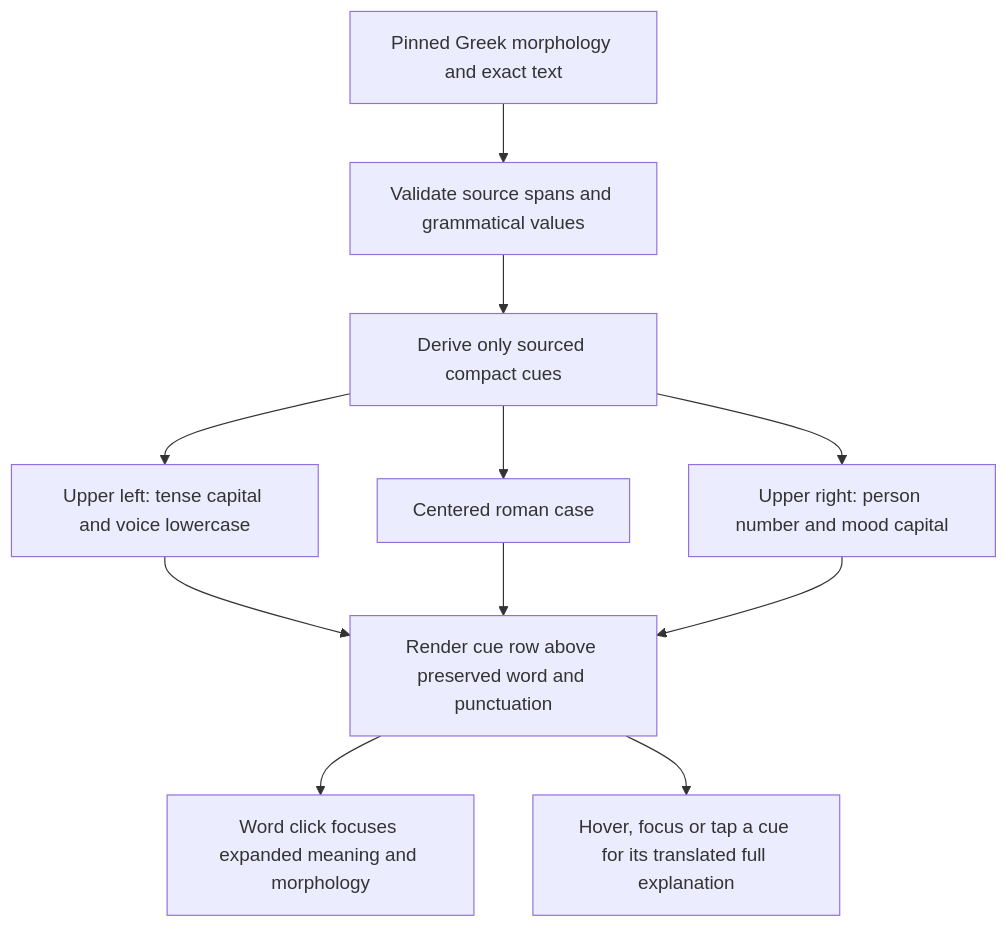
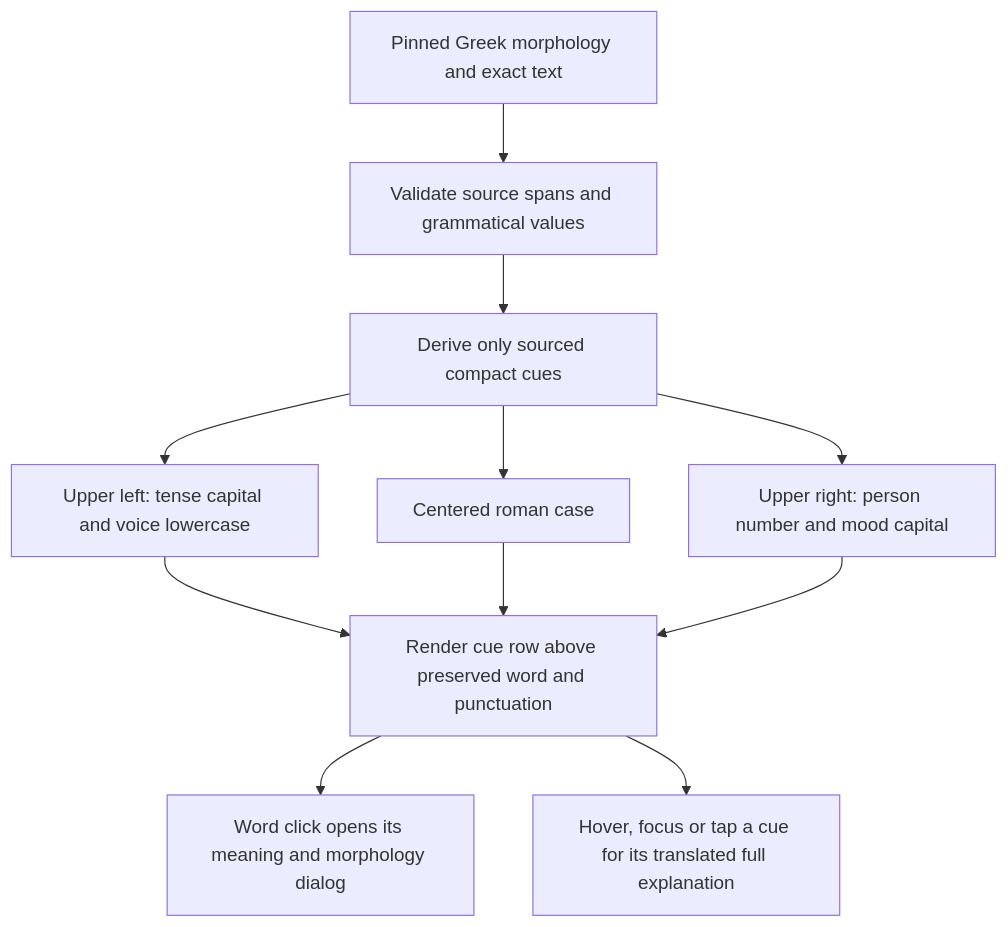
The third of 12 diagrams in spec-chirho/workflows-chirho/local-reader-chirho.md (loveJesus/visual-biblical-language-reader-chirho), drawn with Mermaid before and after one commit. The commit also changed other lines of this file and 2413 other files, not shown here.

Commit message:
Add language-specific translation choices and word details

````diff
--- a/spec-chirho/workflows-chirho/local-reader-chirho.md
+++ b/spec-chirho/workflows-chirho/local-reader-chirho.md
@@ -57,13 +59,13 @@
 ```mermaid
 flowchart TD
     greek_source_chirho[Pinned Greek morphology and exact text] --> greek_validate_chirho[Validate source spans and grammatical values]
     greek_validate_chirho --> greek_cues_chirho[Derive only sourced compact cues]
     greek_cues_chirho --> greek_left_chirho[Upper left: tense capital and voice lowercase]
     greek_cues_chirho --> greek_center_chirho[Centered roman case]
     greek_cues_chirho --> greek_right_chirho[Upper right: person number and mood capital]
     greek_left_chirho --> greek_word_chirho[Render cue row above preserved word and punctuation]
     greek_center_chirho --> greek_word_chirho
     greek_right_chirho --> greek_word_chirho
-    greek_word_chirho --> greek_details_chirho[Word click focuses expanded meaning and morphology]
+    greek_word_chirho --> greek_details_chirho[Word click opens its meaning and morphology dialog]
     greek_word_chirho --> cue_help_chirho[Hover, focus or tap a cue for its translated full explanation]
 ```
````
